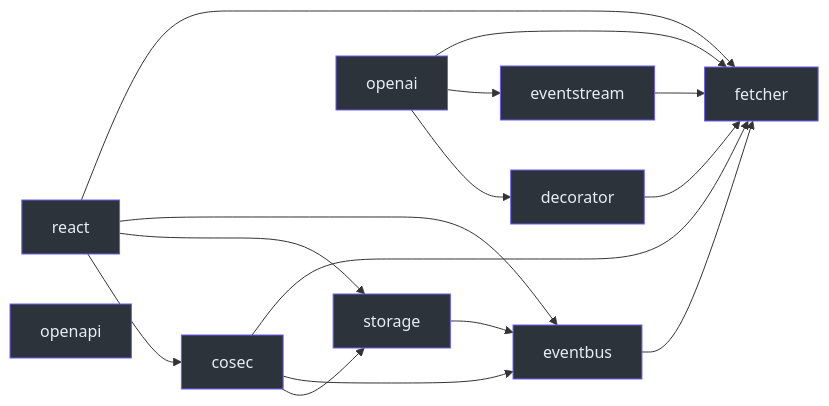
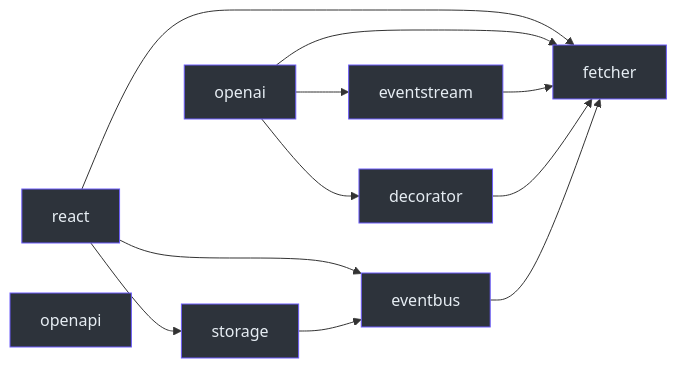
The diagram in wiki/architecture/package-boundaries.md (Ahoo-Wang/fetcher), drawn with Mermaid before and after one commit. The commit also changed other lines of this file and 223 other files, not shown here.

First line of the commit message:
refactor(cosec,react)!: remove fetcher-cosec and the React security hooks; CoSec clients live in the CoSec repository (#2082)

````diff
--- a/wiki/architecture/package-boundaries.md
+++ b/wiki/architecture/package-boundaries.md
@@ -14,12 +14,11 @@
 ```mermaid
 flowchart LR
   decorator --> fetcher
   eventbus --> fetcher
   eventstream --> fetcher
   storage --> eventbus
-  cosec --> fetcher & eventbus & storage
   openai --> fetcher & eventstream & decorator
-  react --> fetcher & eventbus & storage & cosec
+  react --> fetcher & eventbus & storage
   openapi
   classDef default fill:#2d333b,stroke:#6d5dfc,color:#e6edf3
 ```
````
